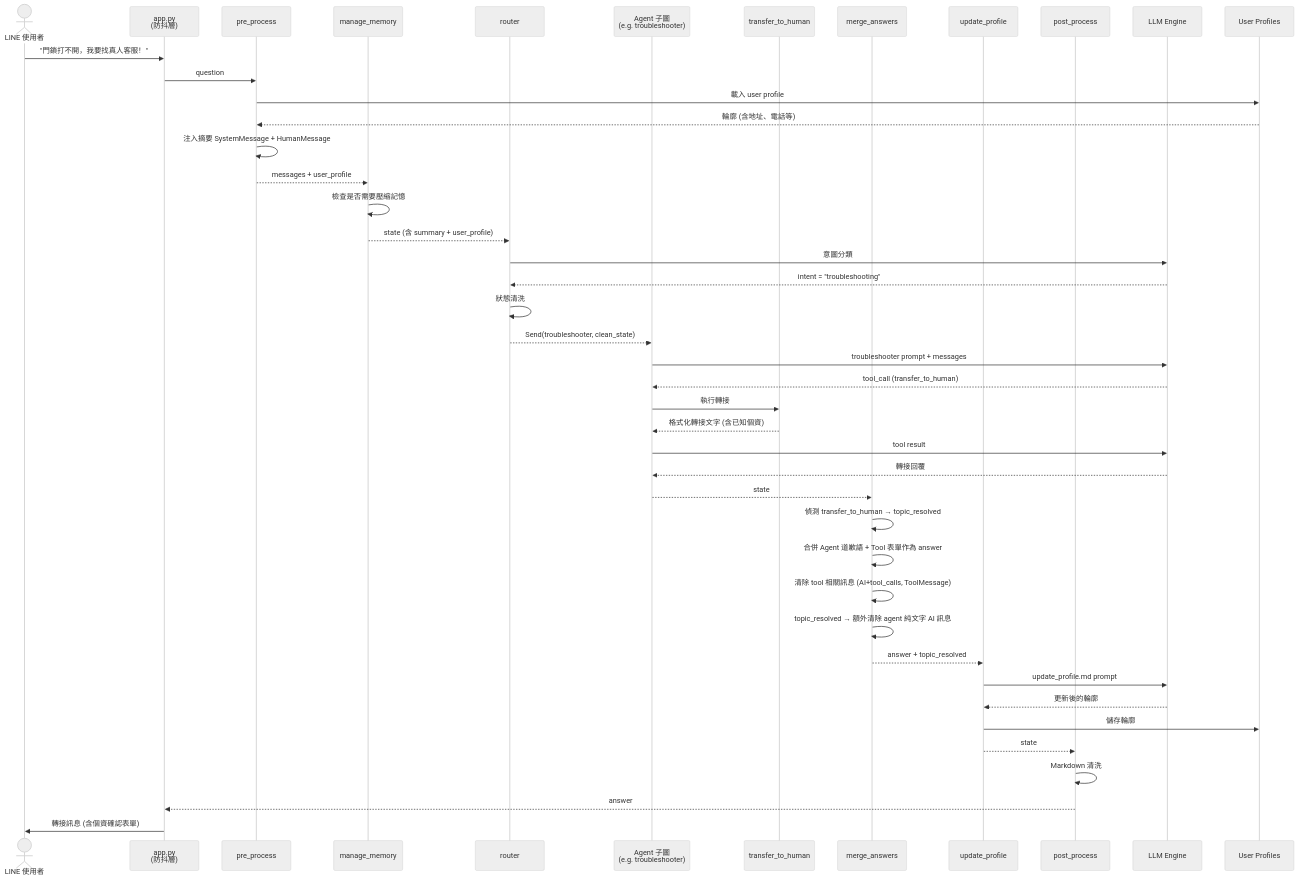
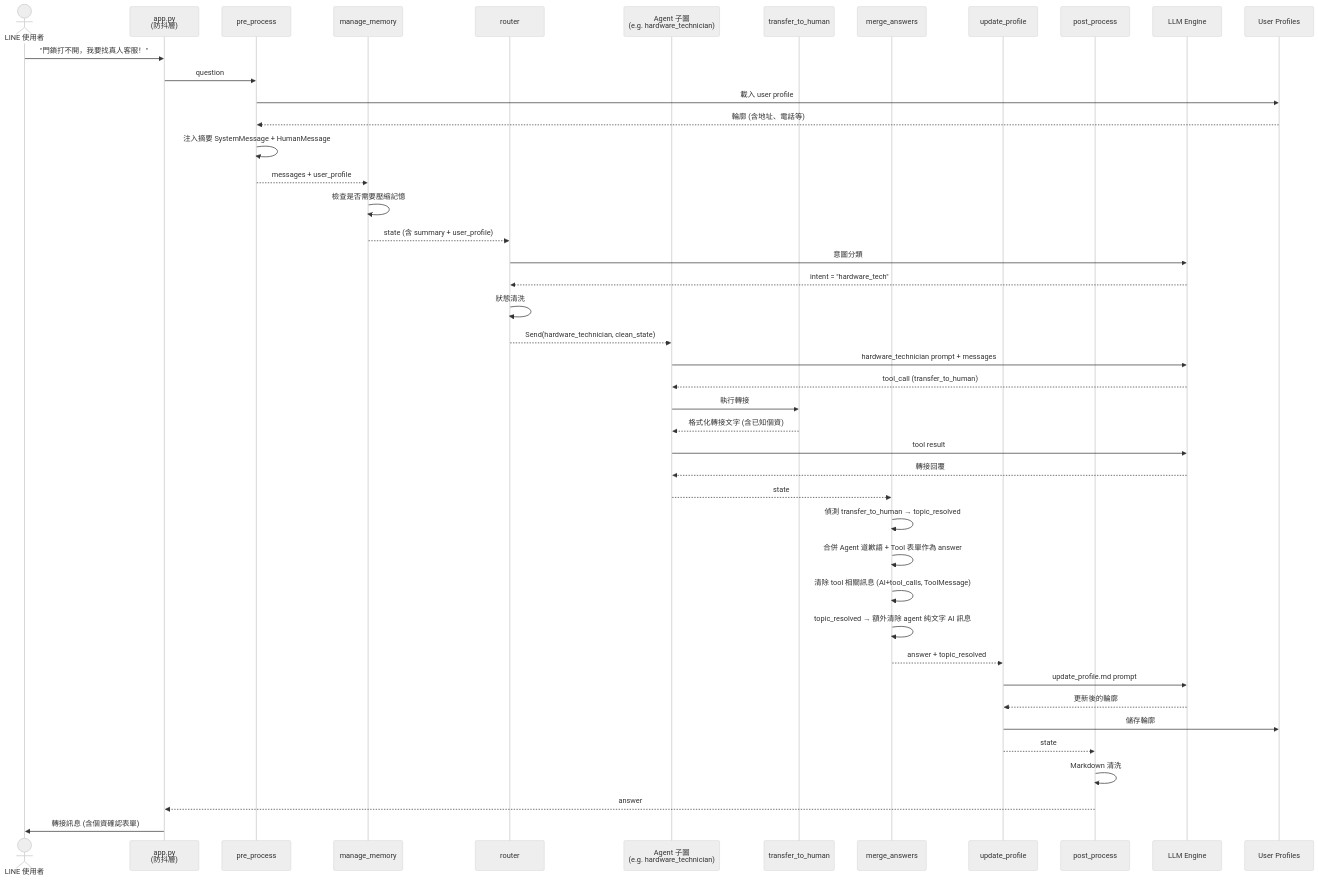
One commit to Imding1211/lock_AI_Agent changed the fifth of 5 diagrams in docs/manuals/系統架構與流程圖.md. Above: the diagram before and after it, drawn with Mermaid (neutral theme). The commit also changed other lines of this file and 6 other files, not shown here.

First line of the commit message:
feat: DOWNLOAD_CARD 顯示檔案名稱 + 架構圖同步更新至現行 Agent 配置

````diff
--- a/docs/manuals/系統架構與流程圖.md
+++ b/docs/manuals/系統架構與流程圖.md
@@ -389,54 +395,54 @@
 ```mermaid
 sequenceDiagram
     actor User as LINE 使用者
     participant App as app.py<br/>(防抖層)
     participant PP as pre_process
     participant MM as manage_memory
     participant RT as router
-    participant Agent as Agent 子圖<br/>(e.g. troubleshooter)
+    participant Agent as Agent 子圖<br/>(e.g. hardware_technician)
     participant Tool as transfer_to_human
     participant MA as merge_answers
     participant UP as update_profile
     participant Post as post_process
     participant LLM as LLM Engine
     participant Profile as User Profiles
 
     User->>App: "門鎖打不開，我要找真人客服！"
     App->>PP: question
 
     PP->>Profile: 載入 user profile
     Profile-->>PP: 輪廓 (含地址、電話等)
     PP->>PP: 注入摘要 SystemMessage + HumanMessage
     PP-->>MM: messages + user_profile
 
     MM->>MM: 檢查是否需要壓縮記憶
     MM-->>RT: state (含 summary + user_profile)
 
     RT->>LLM: 意圖分類
-    LLM-->>RT: intent = "troubleshooting"
+    LLM-->>RT: intent = "hardware_tech"
     RT->>RT: 狀態清洗
-    RT-->>Agent: Send(troubleshooter, clean_state)
+    RT-->>Agent: Send(hardware_technician, clean_state)
 
-    Agent->>LLM: troubleshooter prompt + messages
+    Agent->>LLM: hardware_technician prompt + messages
     LLM-->>Agent: tool_call (transfer_to_human)
     Agent->>Tool: 執行轉接
     Tool-->>Agent: 格式化轉接文字 (含已知個資)
     Agent->>LLM: tool result
     LLM-->>Agent: 轉接回覆
 
     Agent-->>MA: state
     MA->>MA: 偵測 transfer_to_human → topic_resolved
     MA->>MA: 合併 Agent 道歉語 + Tool 表單作為 answer
     MA->>MA: 清除 tool 相關訊息 (AI+tool_calls, ToolMessage)
     MA->>MA: topic_resolved → 額外清除 agent 純文字 AI 訊息
 
     MA-->>UP: answer + topic_resolved
     UP->>LLM: update_profile.md prompt
     LLM-->>UP: 更新後的輪廓
     UP->>Profile: 儲存輪廓
 
     UP-->>Post: state
     Post->>Post: Markdown 清洗
     Post-->>App: answer
     App->>User: 轉接訊息 (含個資確認表單)
 ```
````
